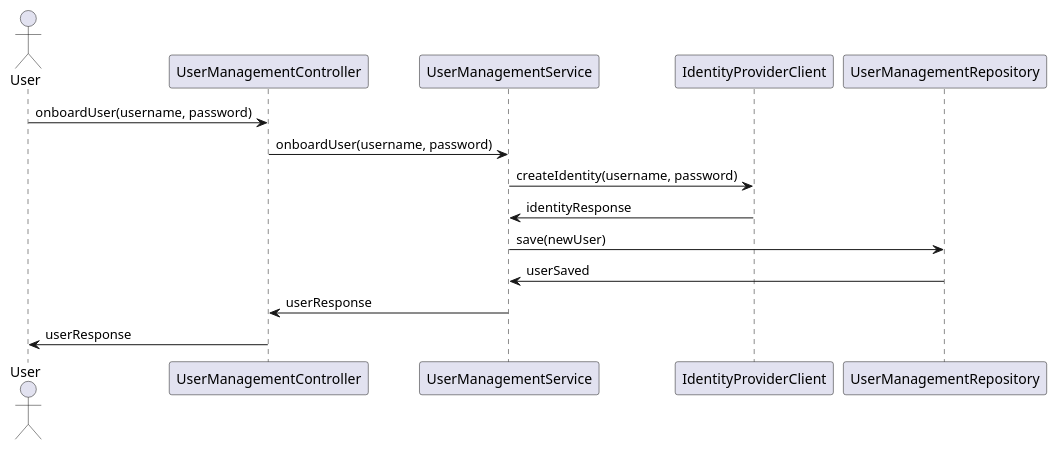
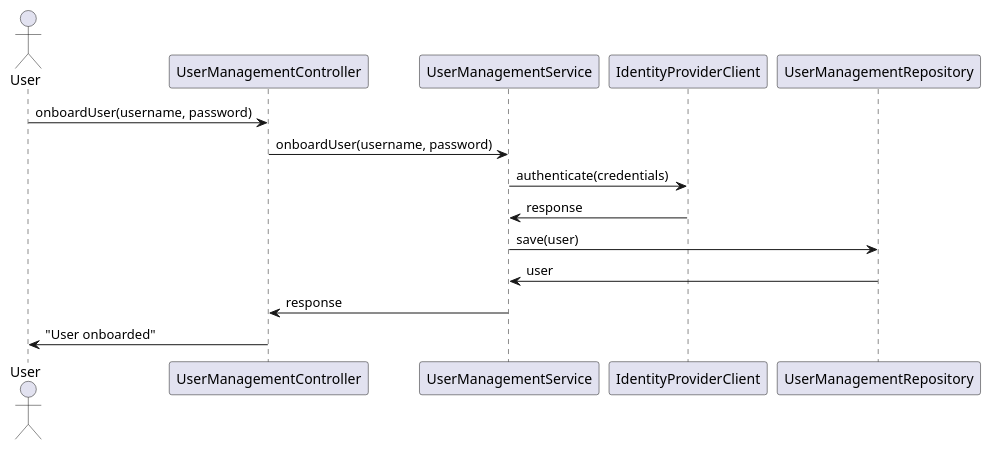
The first of 4 diagrams in usermanagement/documentation/detaileddesign.adoc (Dinesh-s95/AutoDoc.ai), drawn with PlantUML before and after one commit. The commit also changed other lines of this file and 15 other files, not shown here.

```diff
--- a/usermanagement/documentation/detaileddesign.adoc
+++ b/usermanagement/documentation/detaileddesign.adoc
@@ -105,19 +210,19 @@
 [plantuml, user-registration-sequence, png]
 ----
 @startuml
 actor User
 participant "UserManagementController" as Controller
 participant "UserManagementService" as Service
 participant "IdentityProviderClient" as IdentityProvider
 participant "UserManagementRepository" as Repository
 
 User -> Controller : onboardUser(username, password)
 Controller -> Service : onboardUser(username, password)
-Service -> IdentityProvider : createIdentity(username, password)
-IdentityProvider -> Service : identityResponse
-Service -> Repository : save(newUser)
-Repository -> Service : userSaved
-Service -> Controller : userResponse
-Controller -> User : userResponse
+Service -> IdentityProvider : authenticate(credentials)
+IdentityProvider -> Service : response
+Service -> Repository : save(user)
+Repository -> Service : user
+Service -> Controller : response
+Controller -> User : "User onboarded"
 @enduml
 ----
```
